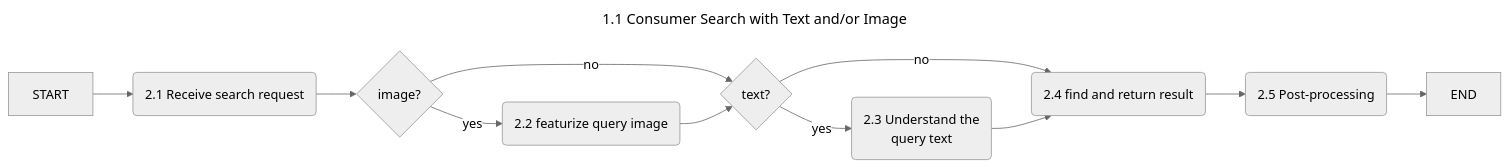
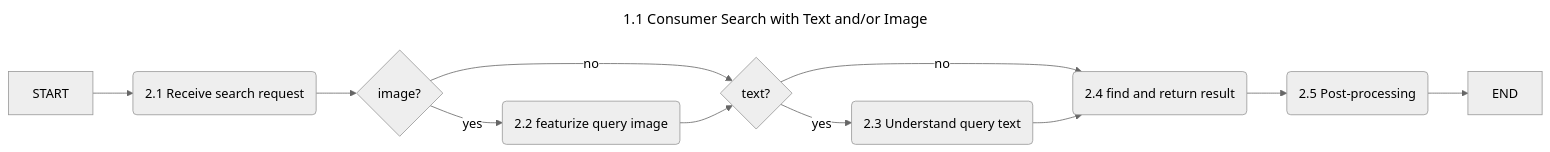
Before and after one commit to zchangvs/diagram: the diagram in 1_1_Multi-Search_text_and_image.md, drawn with Mermaid (neutral theme).

````diff
--- a/1_1_Multi-Search_text_and_image.md
+++ b/1_1_Multi-Search_text_and_image.md
@@ -1,21 +1,21 @@
 ```mermaid
 ---
 title: 1.1 Consumer Search with Text and/or Image
 ---
 flowchart LR
     ST[START]--> RSR(2.1 Receive search request)
     RSR --> IQ{image?}
     IQ--> |yes| FI(2.2 featurize query image)
     IQ --> |no| TQ{text?}
     FI --> TQ 
-    TQ --> |yes| D1(2.3 Understand the<br>query text)
+    TQ --> |yes| D1(2.3 Understand query text)
     TQ --> |no| E1(2.4 find and return result)
     D1 --> E1
 %%    D1 --> E1(search for<br>candidates)
 %%    E1 --> E2(Rerank & filter logic)
     E1 --> F(2.5 Post-processing)
 %%    F --> G(update statistics)
     F --> END[END] 
 
 
 ```
````
